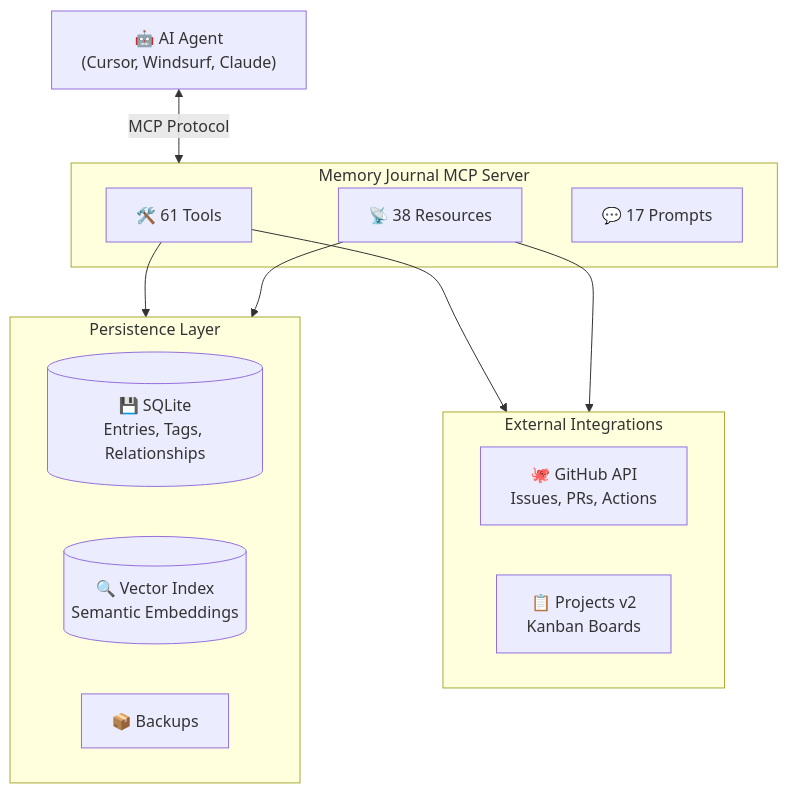
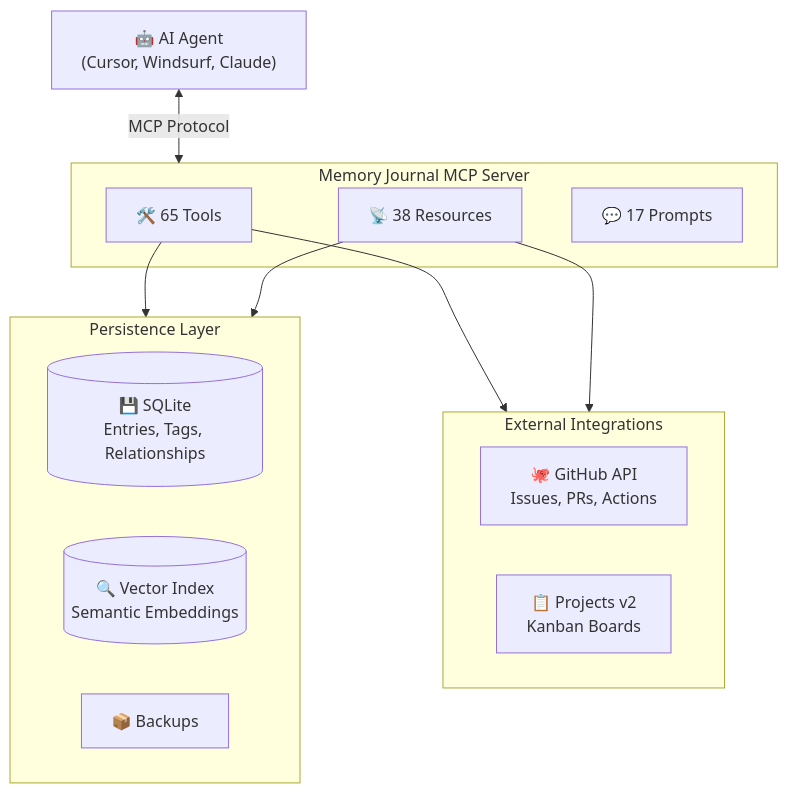
One commit to neverinfamous/memory-journal-mcp changed the second of 2 diagrams in README.md. Above: the diagram before and after it, drawn with Mermaid. The commit also changed other lines of this file and 61 other files, not shown here.

````diff
--- a/README.md
+++ b/README.md
@@ -626,27 +627,27 @@
 ```mermaid
 flowchart TB
     AI["🤖 AI Agent<br/>(Cursor, Windsurf, Claude)"]
 
     subgraph MCP["Memory Journal MCP Server"]
-        Tools["🛠️ 61 Tools"]
+        Tools["🛠️ 65 Tools"]
         Resources["📡 38 Resources"]
         Prompts["💬 17 Prompts"]
     end
 
     subgraph Storage["Persistence Layer"]
         SQLite[("💾 SQLite<br/>Entries, Tags, Relationships")]
         Vector[("🔍 Vector Index<br/>Semantic Embeddings")]
         Backups["📦 Backups"]
     end
 
     subgraph External["External Integrations"]
         GitHub["🐙 GitHub API<br/>Issues, PRs, Actions"]
         Kanban["📋 Projects v2<br/>Kanban Boards"]
     end
 
     AI <-->|"MCP Protocol"| MCP
     Tools --> Storage
     Tools --> External
     Resources --> Storage
     Resources --> External
 ```
````
